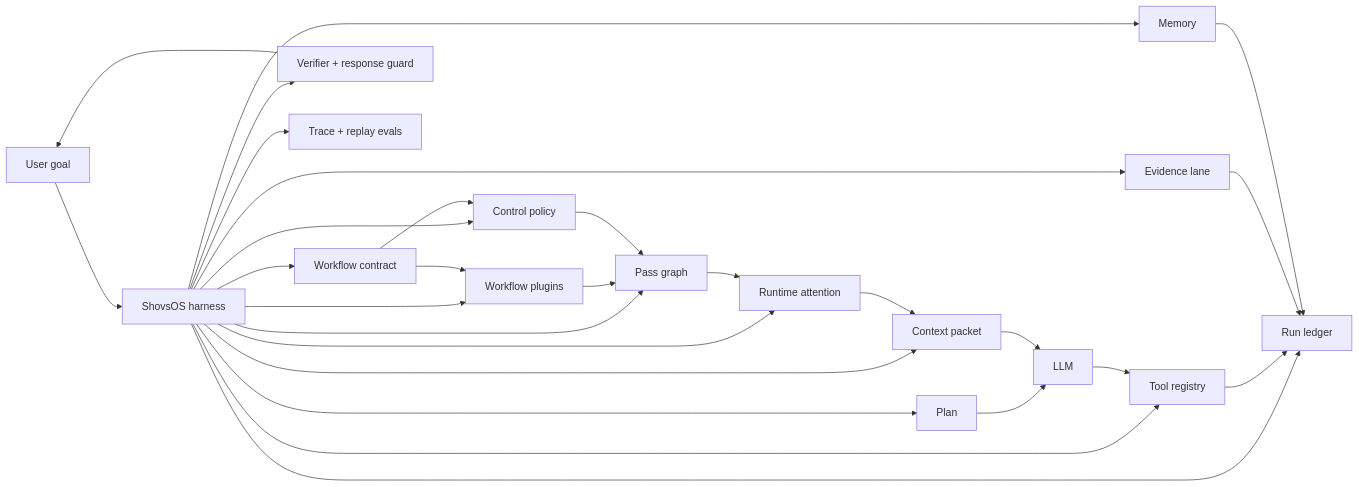
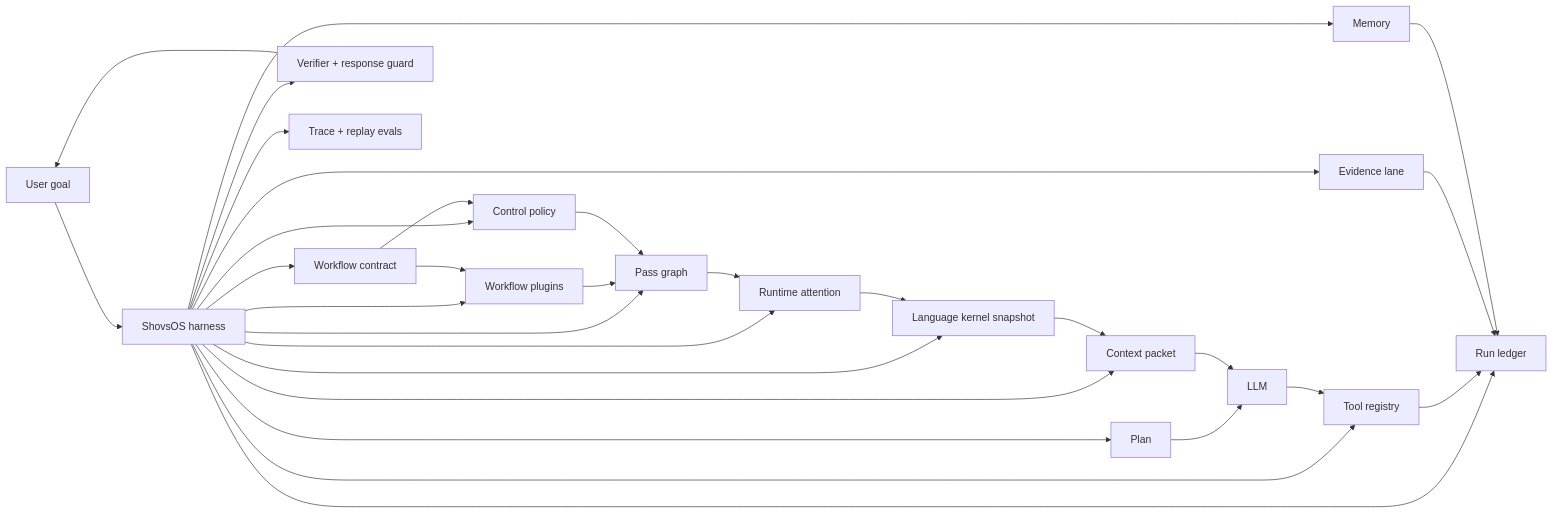
Before and after one commit to theshovonsaha/shovsOS: the first of 2 diagrams in HARNESS.md, drawn with Mermaid. The commit also changed other lines of this file and 84 other files, not shown here.

````diff
--- a/HARNESS.md
+++ b/HARNESS.md
@@ -7,30 +7,32 @@
 ```mermaid
 flowchart LR
     U["User goal"] --> H["ShovsOS harness"]
     H --> P["Plan"]
     H --> C["Context packet"]
     H --> L["Run ledger"]
     H --> W["Workflow contract"]
     H --> WP["Workflow plugins"]
     H --> CP["Control policy"]
     H --> G["Pass graph"]
     H --> A["Runtime attention"]
+    H --> K["Language kernel snapshot"]
     H --> T["Tool registry"]
     H --> E["Evidence lane"]
     H --> M["Memory"]
     H --> V["Verifier + response guard"]
     H --> R["Trace + replay evals"]
     P --> Model["LLM"]
     W --> WP
     W --> CP
     WP --> G
     CP --> G
     G --> A
-    A --> C
+    A --> K
+    K --> C
     C --> Model
     Model --> T
     T --> L
     E --> L
     M --> L
     V --> U
 ```
````
